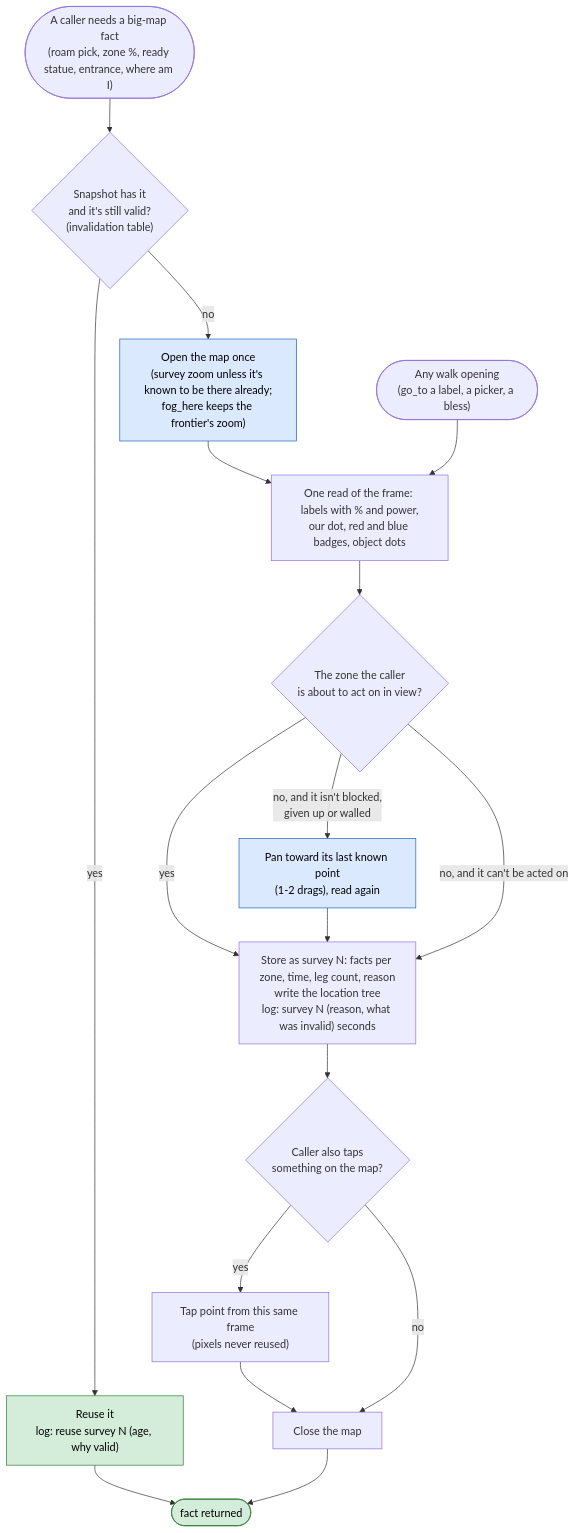
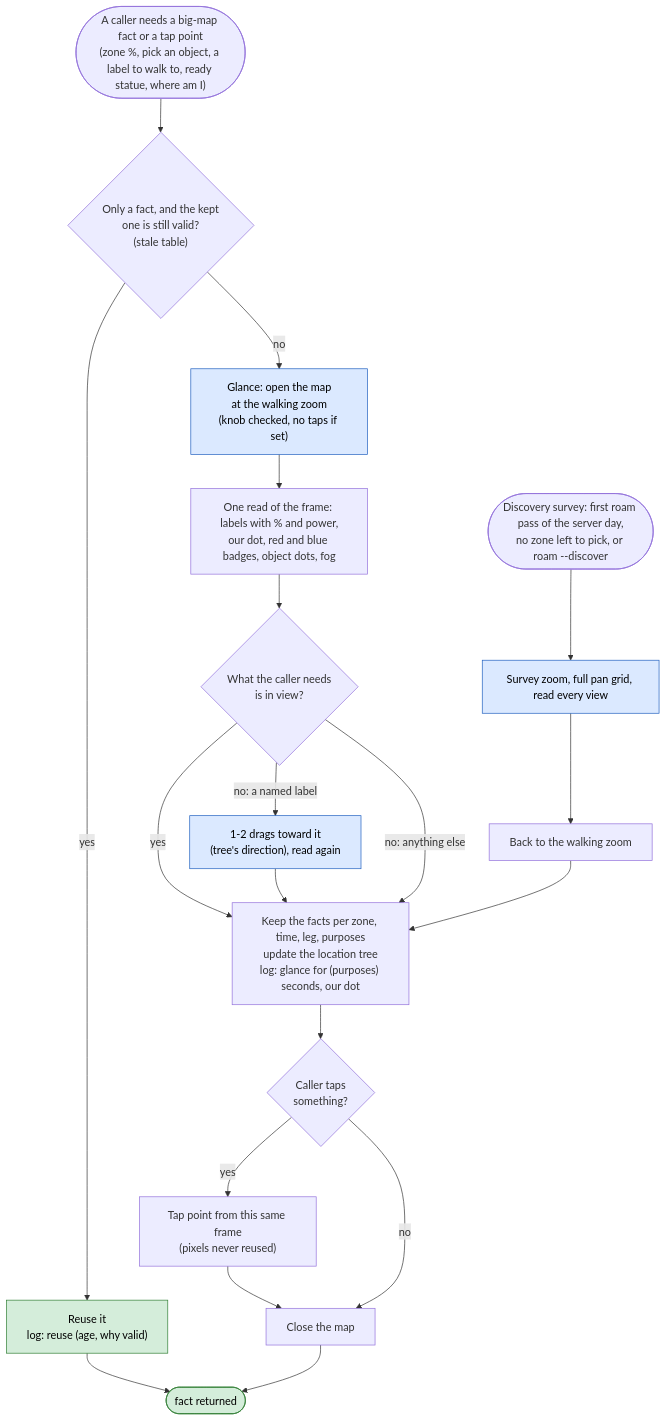
One commit to Sun-flow/sxs-agent changed the first of 2 diagrams in docs/big-map-survey.md. Above: the diagram before and after it, drawn with Mermaid. The commit also changed other lines of this file and 3 other files, not shown here.

First line of the commit message:
Big-map survey doc: mae's decisions (glances for walking, discovery survey once a day)

````diff
--- a/docs/big-map-survey.md
+++ b/docs/big-map-survey.md
@@ -164,19 +182,19 @@
 ```mermaid
 flowchart TD
-    C(["A caller needs a big-map fact<br/>(roam pick, zone %, ready statue, entrance, where am I)"]) --> V{"Snapshot has it<br/>and it's still valid?<br/>(invalidation table)"}
-    V -->|yes| R["Reuse it<br/>log: reuse survey N (age, why valid)"] --> OUT(["fact returned"])
-    V -->|no| O["Open the map once<br/>(survey zoom unless it's known to be there already;<br/>fog_here keeps the frontier's zoom)"]
-    O --> READ["One read of the frame: labels with % and power,<br/>our dot, red and blue badges, object dots"]
-    READ --> NEED{"The zone the caller<br/>is about to act on in view?"}
-    NEED -->|yes| SNAP
-    NEED -->|"no, and it isn't blocked,<br/>given up or walled"| PAN["Pan toward its last known point<br/>(1-2 drags), read again"] --> SNAP
-    NEED -->|"no, and it can't be acted on"| SNAP
-    SNAP["Store as survey N: facts per zone, time, leg count, reason<br/>write the location tree<br/>log: survey N (reason, what was invalid) seconds"] --> TAP{"Caller also taps<br/>something on the map?"}
+    C(["A caller needs a big-map fact or a tap point<br/>(zone %, pick an object, a label to walk to, ready statue, where am I)"]) --> V{"Only a fact, and the kept<br/>one is still valid?<br/>(stale table)"}
+    V -->|yes| R["Reuse it<br/>log: reuse (age, why valid)"] --> OUT(["fact returned"])
+    V -->|no| O["Glance: open the map<br/>at the walking zoom<br/>(knob checked, no taps if set)"]
+    O --> READ["One read of the frame: labels with % and power,<br/>our dot, red and blue badges, object dots, fog"]
+    READ --> NEED{"What the caller needs<br/>is in view?"}
+    NEED -->|yes| KEEP
+    NEED -->|"no: a named label"| PAN["1-2 drags toward it<br/>(tree's direction), read again"] --> KEEP
+    NEED -->|"no: anything else"| KEEP
+    KEEP["Keep the facts per zone, time, leg, purposes<br/>update the location tree<br/>log: glance for (purposes) seconds, our dot"] --> TAP{"Caller taps<br/>something?"}
     TAP -->|yes| T["Tap point from this same frame<br/>(pixels never reused)"] --> CL
     TAP -->|no| CL["Close the map"] --> OUT
-    W(["Any walk opening<br/>(go_to a label, a picker, a bless)"]) --> READ
+    D(["Discovery survey: first roam pass of the server day,<br/>no zone left to pick, or roam --discover"]) --> DS["Survey zoom, full pan grid, read every view"] --> DZ["Back to the walking zoom"] --> KEEP
     classDef ok fill:#d4edda,stroke:#2e7d32,color:#000
     classDef sub fill:#dbe9ff,stroke:#1f5fbf,color:#000
     class OUT,R ok
-    class O,PAN sub
+    class O,PAN,DS sub
 ```
````
